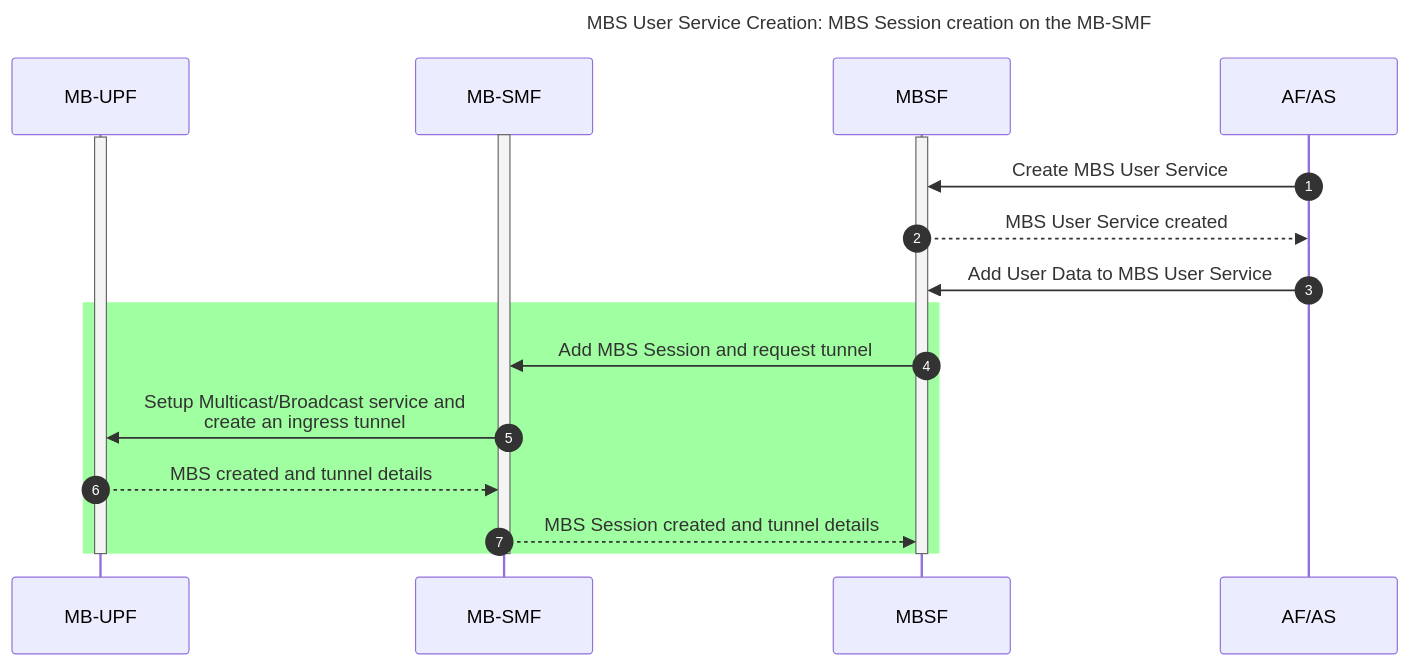
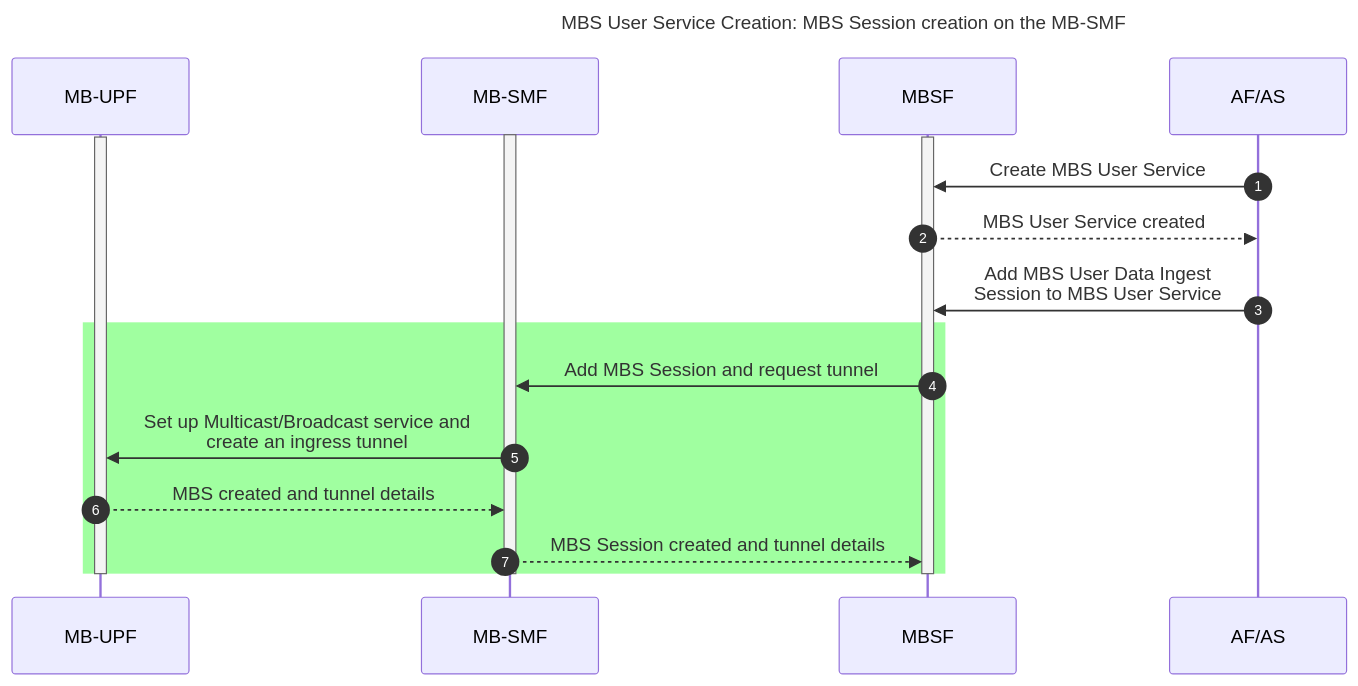
The second of 6 diagrams in pages/5g-multicast-broadcast-services/tutorials/mbstf.md (5G-MAG/Getting-Started), drawn with Mermaid before and after one commit. The commit also changed other lines of this file and 1 other file, not shown here.

Commit message:
Fixes to diagrams and add identifier points to one screenshot

````diff
--- a/pages/5g-multicast-broadcast-services/tutorials/mbstf.md
+++ b/pages/5g-multicast-broadcast-services/tutorials/mbstf.md
@@ -81,31 +83,31 @@
 ```mermaid
 ---
 title: "MBS User Service Creation: MBS Session creation on the MB-SMF"
 config:
   sequence:
     showSequenceNumbers: true
 ---
 sequenceDiagram
   participant MBUPF as MB-UPF
   participant MBSMF as MB-SMF
   participant MBSF
   participant AP as AF/AS
 
   activate MBSMF
   activate MBUPF
   activate MBSF
 
   AP->>MBSF : Create MBS User Service
   MBSF-->>AP : MBS User Service created
-  AP->>MBSF : Add User Data to MBS User Service
+  AP->>MBSF : Add MBS User Data Ingest<br/>Session to MBS User Service
   rect rgb(160, 255, 160)
     MBSF->>MBSMF : Add MBS Session and request tunnel
-    MBSMF->>MBUPF : Setup Multicast/Broadcast service and<br/>create an ingress tunnel
+    MBSMF->>MBUPF : Set up Multicast/Broadcast service and<br/>create an ingress tunnel
     MBUPF-->>MBSMF : MBS created and tunnel details
     MBSMF-->>MBSF : MBS Session created and tunnel details
   end
 
   deactivate MBSF
   deactivate MBSMF
   deactivate MBUPF
 ```
````
